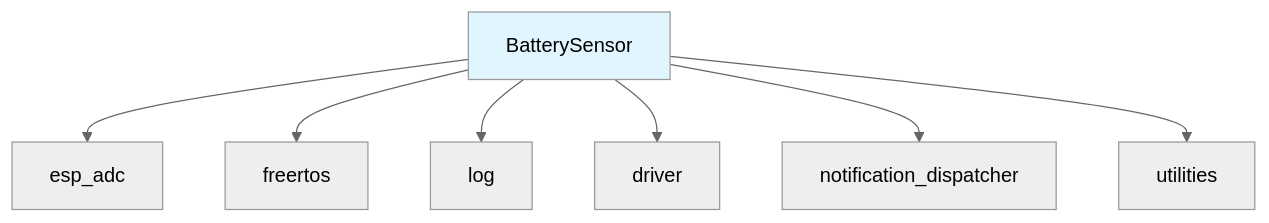
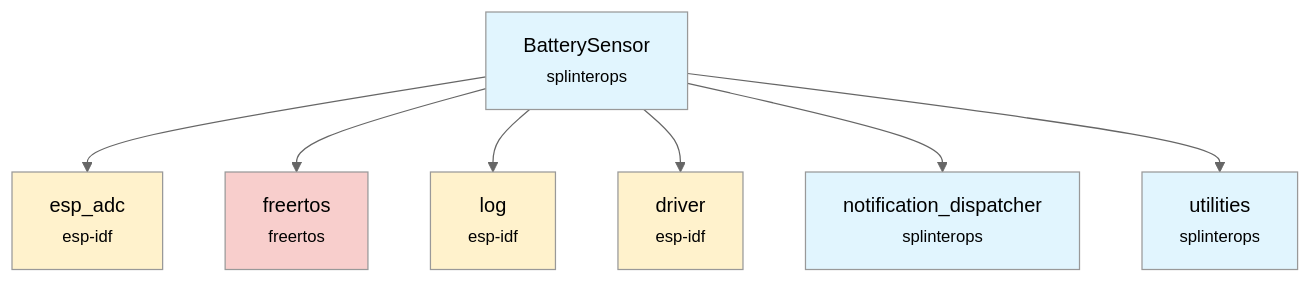
One commit to joehacksalot/splinterops-badge-fw changed the diagram in components/battery_sensor/README.md. Above: the diagram before and after it, drawn with Mermaid (neutral theme). The commit also changed 4 other files, not shown here.

````diff
--- a/components/battery_sensor/README.md
+++ b/components/battery_sensor/README.md
@@ -87,11 +87,22 @@
 ```mermaid
 graph TD
-    A[BatterySensor] --> B[esp_adc]
-    A --> C[freertos]
-    A --> D[log]
-    A --> E[driver]
-    A --> F[notification_dispatcher]
-    A --> G[utilities]
+    A["BatterySensor<br/><small>splinterops</small>"] --> B["esp_adc<br/><small>esp-idf</small>"]
+    A --> C["freertos<br/><small>freertos</small>"]
+    A --> D["log<br/><small>esp-idf</small>"]
+    A --> E["driver<br/><small>esp-idf</small>"]
+    A --> F["notification_dispatcher<br/><small>splinterops</small>"]
+    A --> G["utilities<br/><small>splinterops</small>"]
     
+    %% SplinterOps components
     style A fill:#e1f5fe
+    style F fill:#e1f5fe
+    style G fill:#e1f5fe
+    
+    %% ESP-IDF components
+    style B fill:#fff2cc
+    style D fill:#fff2cc
+    style E fill:#fff2cc
+    
+    %% FreeRTOS components
+    style C fill:#f8cecc
 ```
````
